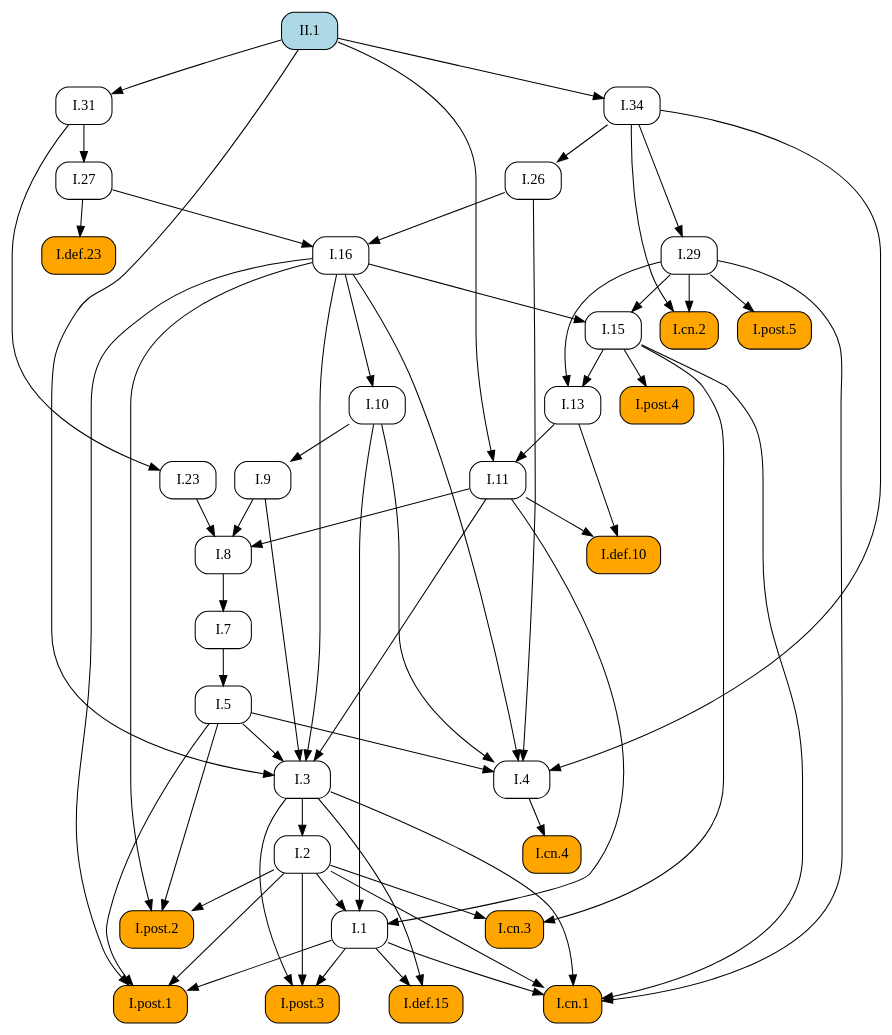
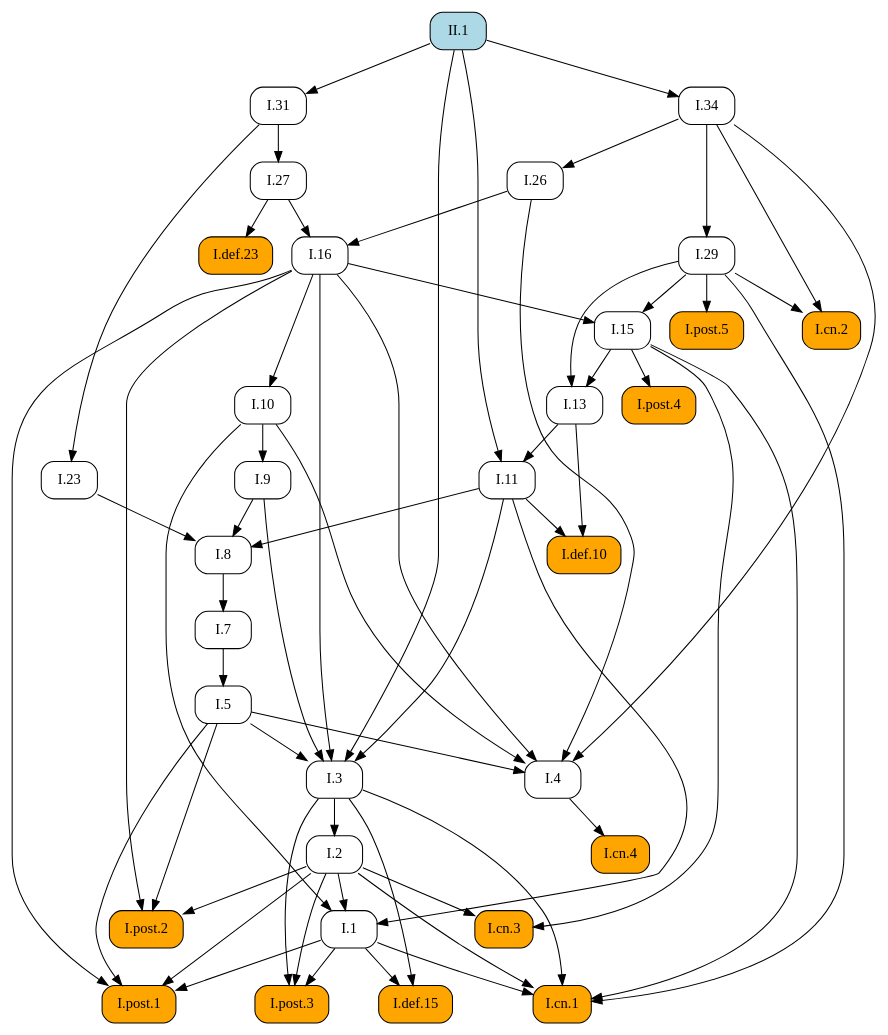
The diagram in docsrc/elements2/II/1/index.rst (geometor/elements), drawn with Graphviz before and after one commit. The commit also changed other lines of this file and 171 other files, not shown here.

```diff
--- a/docsrc/elements2/II/1/index.rst
+++ b/docsrc/elements2/II/1/index.rst
@@ -51,98 +51,98 @@
    digraph {
      rankdir="TB";
      node [shape=box, style=rounded];
-     "I.16" [URL="/elements2/I/16/", target="_top"];
-     "I.def.10" [style="rounded,filled", fillcolor=orange, URL="/elements2/I/def.10/", target="_top"];
-     "I.def.23" [style="rounded,filled", fillcolor=orange, URL="/elements2/I/def.23/", target="_top"];
-     "I.9" [URL="/elements2/I/9/", target="_top"];
      "I.8" [URL="/elements2/I/8/", target="_top"];
-     "I.2" [URL="/elements2/I/2/", target="_top"];
-     "I.23" [URL="/elements2/I/23/", target="_top"];
-     "I.26" [URL="/elements2/I/26/", target="_top"];
-     "I.cn.2" [style="rounded,filled", fillcolor=orange, URL="/elements2/I/cn.2/", target="_top"];
-     "I.15" [URL="/elements2/I/15/", target="_top"];
-     "I.34" [URL="/elements2/I/34/", target="_top"];
-     "I.post.5" [style="rounded,filled", fillcolor=orange, URL="/elements2/I/post.5/", target="_top"];
-     "I.def.15" [style="rounded,filled", fillcolor=orange, URL="/elements2/I/def.15/", target="_top"];
-     "I.cn.4" [style="rounded,filled", fillcolor=orange, URL="/elements2/I/cn.4/", target="_top"];
      "I.post.3" [style="rounded,filled", fillcolor=orange, URL="/elements2/I/post.3/", target="_top"];
      "I.1" [URL="/elements2/I/1/", target="_top"];
+     "I.cn.3" [style="rounded,filled", fillcolor=orange, URL="/elements2/I/cn.3/", target="_top"];
+     "I.cn.4" [style="rounded,filled", fillcolor=orange, URL="/elements2/I/cn.4/", target="_top"];
+     "I.23" [URL="/elements2/I/23/", target="_top"];
+     "I.7" [URL="/elements2/I/7/", target="_top"];
+     "I.post.1" [style="rounded,filled", fillcolor=orange, URL="/elements2/I/post.1/", target="_top"];
+     "I.9" [URL="/elements2/I/9/", target="_top"];
+     "I.5" [URL="/elements2/I/5/", target="_top"];
+     "I.post.5" [style="rounded,filled", fillcolor=orange, URL="/elements2/I/post.5/", target="_top"];
+     "I.cn.1" [style="rounded,filled", fillcolor=orange, URL="/elements2/I/cn.1/", target="_top"];
+     "I.29" [URL="/elements2/I/29/", target="_top"];
+     "I.def.10" [style="rounded,filled", fillcolor=orange, URL="/elements2/I/def.10/", target="_top"];
+     "I.16" [URL="/elements2/I/16/", target="_top"];
+     "I.post.4" [style="rounded,filled", fillcolor=orange, URL="/elements2/I/post.4/", target="_top"];
+     "I.cn.2" [style="rounded,filled", fillcolor=orange, URL="/elements2/I/cn.2/", target="_top"];
+     "I.13" [URL="/elements2/I/13/", target="_top"];
+     "I.2" [URL="/elements2/I/2/", target="_top"];
      "I.27" [URL="/elements2/I/27/", target="_top"];
+     "I.def.15" [style="rounded,filled", fillcolor=orange, URL="/elements2/I/def.15/", target="_top"];
+     "II.1" [style="rounded,filled", fillcolor=lightblue, URL="/elements2/II/1/", target="_top"];
+     "I.4" [URL="/elements2/I/4/", target="_top"];
+     "I.def.23" [style="rounded,filled", fillcolor=orange, URL="/elements2/I/def.23/", target="_top"];
+     "I.31" [URL="/elements2/I/31/", target="_top"];
+     "I.11" [URL="/elements2/I/11/", target="_top"];
+     "I.10" [URL="/elements2/I/10/", target="_top"];
+     "I.15" [URL="/elements2/I/15/", target="_top"];
+     "I.3" [URL="/elements2/I/3/", target="_top"];
      "I.post.2" [style="rounded,filled", fillcolor=orange, URL="/elements2/I/post.2/", target="_top"];
-     "I.13" [URL="/elements2/I/13/", target="_top"];
-     "I.31" [URL="/elements2/I/31/", target="_top"];
-     "I.10" [URL="/elements2/I/10/", target="_top"];
-     "I.post.1" [style="rounded,filled", fillcolor=orange, URL="/elements2/I/post.1/", target="_top"];
-     "I.7" [URL="/elements2/I/7/", target="_top"];
-     "I.post.4" [style="rounded,filled", fillcolor=orange, URL="/elements2/I/post.4/", target="_top"];
-     "I.cn.1" [style="rounded,filled", fillcolor=orange, URL="/elements2/I/cn.1/", target="_top"];
-     "I.3" [URL="/elements2/I/3/", target="_top"];
-     "I.cn.3" [style="rounded,filled", fillcolor=orange, URL="/elements2/I/cn.3/", target="_top"];
-     "II.1" [style="rounded,filled", fillcolor=lightblue, URL="/elements2/II/1/", target="_top"];
-     "I.11" [URL="/elements2/I/11/", target="_top"];
-     "I.29" [URL="/elements2/I/29/", target="_top"];
-     "I.5" [URL="/elements2/I/5/", target="_top"];
-     "I.4" [URL="/elements2/I/4/", target="_top"];
-     "I.26" -> "I.16";
-     "I.27" -> "I.16";
-     "I.11" -> "I.def.10";
-     "I.13" -> "I.def.10";
-     "I.27" -> "I.def.23";
-     "I.10" -> "I.9";
+     "I.34" [URL="/elements2/I/34/", target="_top"];
+     "I.26" [URL="/elements2/I/26/", target="_top"];
      "I.9" -> "I.8";
      "I.11" -> "I.8";
      "I.23" -> "I.8";
-     "I.3" -> "I.2";
-     "I.31" -> "I.23";
-     "I.34" -> "I.26";
-     "I.29" -> "I.cn.2";
-     "I.34" -> "I.cn.2";
-     "I.16" -> "I.15";
-     "I.29" -> "I.15";
-     "II.1" -> "I.34";
-     "I.29" -> "I.post.5";
-     "I.1" -> "I.def.15";
-     "I.3" -> "I.def.15";
-     "I.4" -> "I.cn.4";
      "I.1" -> "I.post.3";
      "I.2" -> "I.post.3";
      "I.3" -> "I.post.3";
      "I.2" -> "I.1";
      "I.10" -> "I.1";
      "I.11" -> "I.1";
-     "I.31" -> "I.27";
-     "I.2" -> "I.post.2";
-     "I.5" -> "I.post.2";
-     "I.16" -> "I.post.2";
-     "I.15" -> "I.13";
-     "I.29" -> "I.13";
-     "II.1" -> "I.31";
-     "I.16" -> "I.10";
+     "I.2" -> "I.cn.3";
+     "I.15" -> "I.cn.3";
+     "I.4" -> "I.cn.4";
+     "I.31" -> "I.23";
+     "I.8" -> "I.7";
      "I.1" -> "I.post.1";
      "I.2" -> "I.post.1";
      "I.5" -> "I.post.1";
      "I.16" -> "I.post.1";
-     "I.8" -> "I.7";
-     "I.15" -> "I.post.4";
+     "I.10" -> "I.9";
+     "I.7" -> "I.5";
+     "I.29" -> "I.post.5";
      "I.1" -> "I.cn.1";
      "I.2" -> "I.cn.1";
      "I.3" -> "I.cn.1";
      "I.15" -> "I.cn.1";
      "I.29" -> "I.cn.1";
+     "I.34" -> "I.29";
+     "I.11" -> "I.def.10";
+     "I.13" -> "I.def.10";
+     "I.26" -> "I.16";
+     "I.27" -> "I.16";
+     "I.15" -> "I.post.4";
+     "I.29" -> "I.cn.2";
+     "I.34" -> "I.cn.2";
+     "I.15" -> "I.13";
+     "I.29" -> "I.13";
+     "I.3" -> "I.2";
+     "I.31" -> "I.27";
+     "I.1" -> "I.def.15";
+     "I.3" -> "I.def.15";
+     "I.5" -> "I.4";
+     "I.10" -> "I.4";
+     "I.16" -> "I.4";
+     "I.26" -> "I.4";
+     "I.34" -> "I.4";
+     "I.27" -> "I.def.23";
+     "II.1" -> "I.31";
+     "I.13" -> "I.11";
+     "II.1" -> "I.11";
+     "I.16" -> "I.10";
+     "I.16" -> "I.15";
+     "I.29" -> "I.15";
      "I.5" -> "I.3";
      "I.9" -> "I.3";
      "I.11" -> "I.3";
      "I.16" -> "I.3";
      "II.1" -> "I.3";
-     "I.2" -> "I.cn.3";
-     "I.15" -> "I.cn.3";
-     "I.13" -> "I.11";
-     "II.1" -> "I.11";
-     "I.34" -> "I.29";
-     "I.7" -> "I.5";
-     "I.5" -> "I.4";
-     "I.10" -> "I.4";
-     "I.16" -> "I.4";
-     "I.26" -> "I.4";
-     "I.34" -> "I.4";
+     "I.2" -> "I.post.2";
+     "I.5" -> "I.post.2";
+     "I.16" -> "I.post.2";
+     "II.1" -> "I.34";
+     "I.34" -> "I.26";
    }
```
